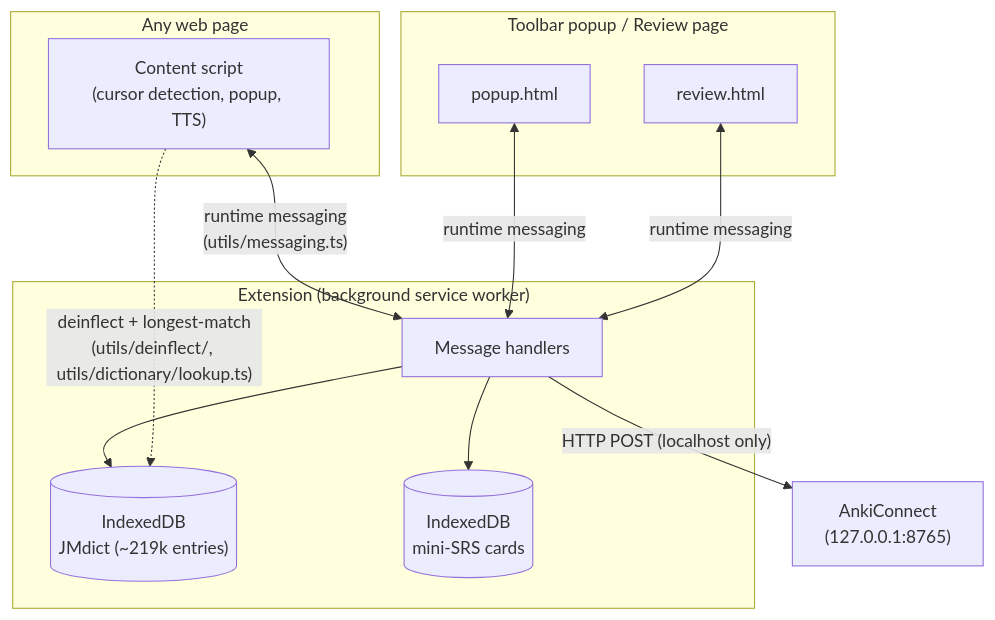
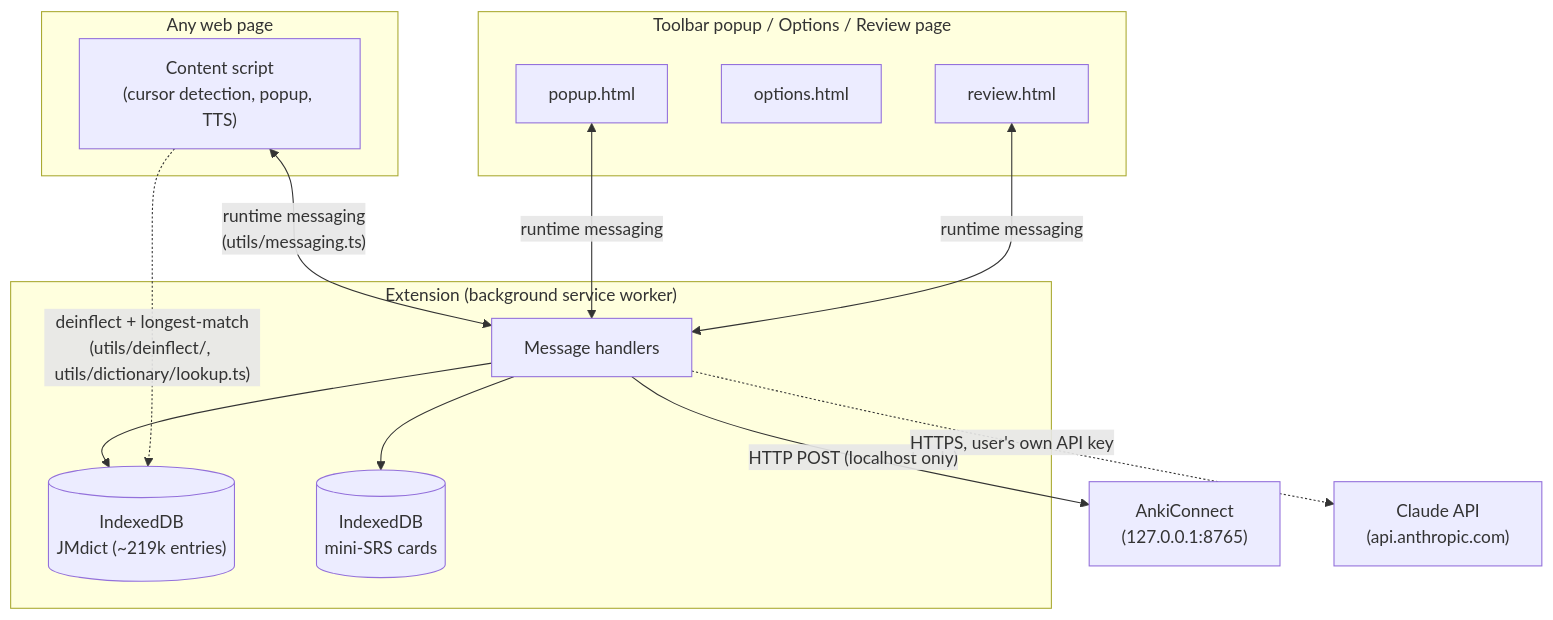
One commit to viti1112/jp-dic-ext changed the diagram in README.md. Above: the diagram before and after it, drawn with Mermaid. The commit also changed other lines of this file and 26 other files, not shown here.

````diff
--- a/README.md
+++ b/README.md
@@ -19,28 +20,31 @@
 ```mermaid
 flowchart TB
     subgraph page["Any web page"]
         CS["Content script<br/>(cursor detection, popup, TTS)"]
     end
 
     subgraph ext["Extension (background service worker)"]
         BG["Message handlers"]
         DICT[("IndexedDB<br/>JMdict (~219k entries)")]
         SRS[("IndexedDB<br/>mini-SRS cards")]
     end
 
-    subgraph ui["Toolbar popup / Review page"]
+    subgraph ui["Toolbar popup / Options / Review page"]
         POPUP["popup.html"]
+        OPTIONS["options.html"]
         REVIEW["review.html"]
     end
 
     ANKI["AnkiConnect<br/>(127.0.0.1:8765)"]
+    CLAUDE["Claude API<br/>(api.anthropic.com)"]
 
     CS <-- "runtime messaging<br/>(utils/messaging.ts)" --> BG
     POPUP <-- "runtime messaging" --> BG
     REVIEW <-- "runtime messaging" --> BG
     BG --> DICT
     BG --> SRS
     BG -- "HTTP POST (localhost only)" --> ANKI
+    BG -. "HTTPS, user's own API key" .-> CLAUDE
 
     CS -. "deinflect + longest-match<br/>(utils/deinflect/, utils/dictionary/lookup.ts)" .-> DICT
 ```
````
